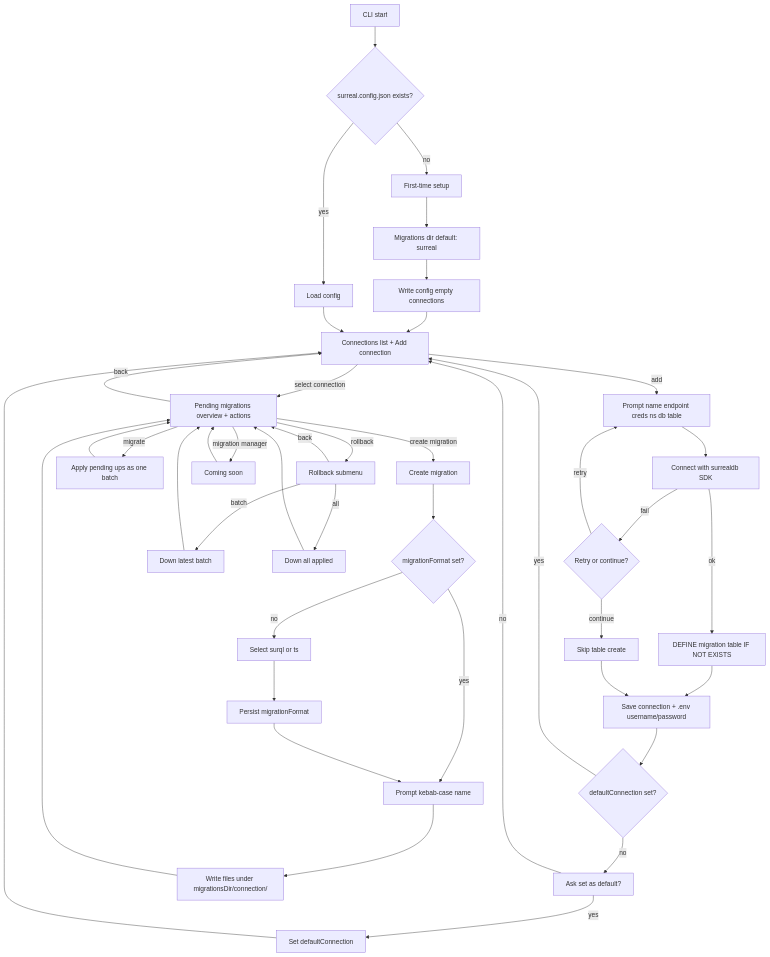
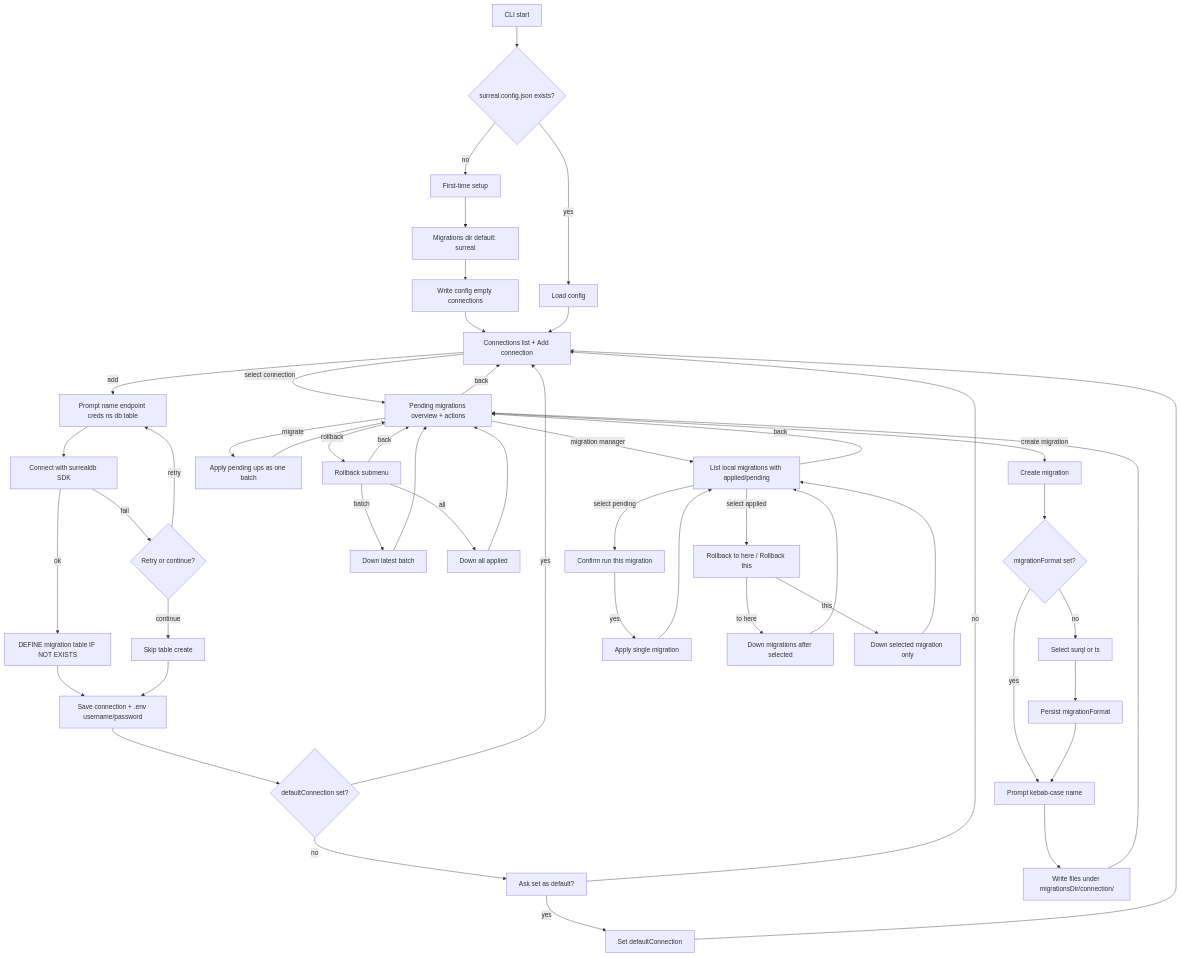
One commit to sneakylenny/surreal-migrator changed the diagram in docs/flow.md. Above: the diagram before and after it, drawn with Mermaid. The commit also changed 6 other files, not shown here.

First line of the commit message:
feat: implement migration manager for enhanced migration operations

````diff
--- a/docs/flow.md
+++ b/docs/flow.md
@@ -3,44 +3,52 @@
 ```mermaid
 flowchart TD
   start[CLI start] --> hasConfig{surreal.config.json exists?}
   hasConfig -->|no| setup[First-time setup]
   setup --> pathPrompt["Migrations dir default: surreal"]
   pathPrompt --> saveConfig["Write config empty connections"]
   hasConfig -->|yes| loadConfig[Load config]
   saveConfig --> connectionsMenu
   loadConfig --> connectionsMenu[Connections list + Add connection]
   connectionsMenu -->|select connection| connectionMenu[Pending migrations overview + actions]
   connectionsMenu -->|add| addConn["Prompt name endpoint creds ns db table"]
   addConn --> verify[Connect with surrealdb SDK]
   verify -->|ok| ensureTable["DEFINE migration table IF NOT EXISTS"]
   verify -->|fail| retryOrContinue{Retry or continue?}
   retryOrContinue -->|retry| addConn
   retryOrContinue -->|continue| skipTable[Skip table create]
   ensureTable --> saveConn["Save connection + .env username/password"]
   skipTable --> saveConn
   saveConn --> hasDefault{defaultConnection set?}
   hasDefault -->|no| askDefault["Ask set as default?"]
   askDefault -->|yes| setDefault[Set defaultConnection]
   askDefault -->|no| connectionsMenu
   setDefault --> connectionsMenu
   hasDefault -->|yes| connectionsMenu
   connectionMenu -->|create migration| createMig[Create migration]
   createMig --> hasFormat{migrationFormat set?}
   hasFormat -->|no| pickFormat["Select surql or ts"]
   pickFormat --> saveFormat[Persist migrationFormat]
   hasFormat -->|yes| namePrompt
   saveFormat --> namePrompt["Prompt kebab-case name"]
   namePrompt --> writeFiles["Write files under migrationsDir/connection/"]
   writeFiles --> connectionMenu
   connectionMenu -->|migrate| migrateUp["Apply pending ups as one batch"]
   connectionMenu -->|rollback| rollbackMenu[Rollback submenu]
   rollbackMenu -->|batch| rollbackBatch["Down latest batch"]
   rollbackMenu -->|all| rollbackAll["Down all applied"]
   rollbackMenu -->|back| connectionMenu
-  connectionMenu -->|migration manager| manager["Coming soon"]
+  connectionMenu -->|migration manager| managerList["List local migrations with applied/pending"]
+  managerList -->|select pending| confirmRun["Confirm run this migration"]
+  confirmRun -->|yes| migrateOne["Apply single migration"]
+  managerList -->|select applied| appliedMenu["Rollback to here / Rollback this"]
+  appliedMenu -->|to here| rollbackAfter["Down migrations after selected"]
+  appliedMenu -->|this| rollbackOne["Down selected migration only"]
   migrateUp --> connectionMenu
   rollbackBatch --> connectionMenu
   rollbackAll --> connectionMenu
-  manager --> connectionMenu
+  migrateOne --> managerList
+  rollbackAfter --> managerList
+  rollbackOne --> managerList
+  managerList -->|back| connectionMenu
   connectionMenu -->|back| connectionsMenu
 ```
````
